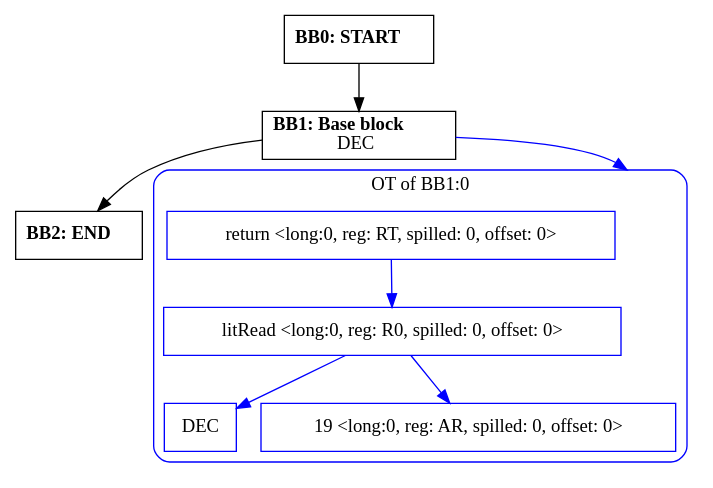
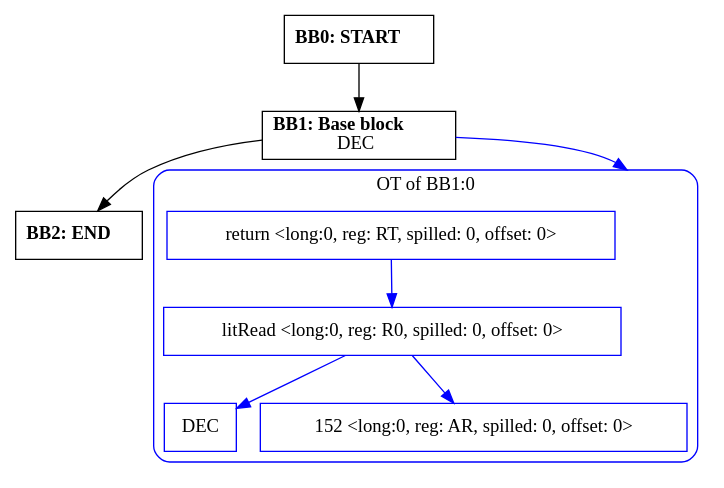
One commit to zavar152-cv/myLang-oop-compiler changed the diagram in outputs/cfg/oop/io.IO.ulongBufferSize.dot. Above: the diagram before and after it, drawn with Graphviz. The commit also changed 10 other files, not shown here.

```diff
--- a/outputs/cfg/oop/io.IO.ulongBufferSize.dot
+++ b/outputs/cfg/oop/io.IO.ulongBufferSize.dot
@@ -1,26 +1,26 @@
 digraph CFG {
     compound=true;
     graph [splines=true];
     node [shape=rectangle];
 
     BB2 [label=<<B>BB2: END</B><BR ALIGN="CENTER"/>>];
     BB1 [label=<<B>BB1: Base block</B><BR ALIGN="CENTER"/>DEC<BR ALIGN="CENTER"/>>];
     subgraph cluster_instruction0 {
         label = "OT of BB1:0";
         style=rounded;
         color=blue;
         entry0 [shape=point, style=invis];
         node0 [label="return <long:0, reg: RT, spilled: 0, offset: 0>", color=blue];
         node1 [label="litRead <long:0, reg: R0, spilled: 0, offset: 0>", color=blue];
         node2 [label="DEC", color=blue];
         node1 -> node2[color=blue];
-        node3 [label="19 <long:0, reg: AR, spilled: 0, offset: 0>", color=blue];
+        node3 [label="152 <long:0, reg: AR, spilled: 0, offset: 0>", color=blue];
         node1 -> node3[color=blue];
         node0 -> node1[color=blue];
     }
     BB1 -> entry0 [lhead=cluster_instruction0, color=blue];
     BB0 [label=<<B>BB0: START</B><BR ALIGN="CENTER"/>>];
 
     BB1 -> BB2;
     BB0 -> BB1;
 }
```
